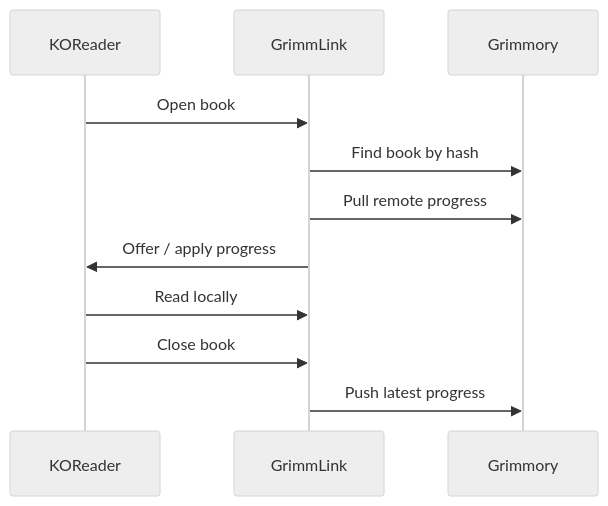
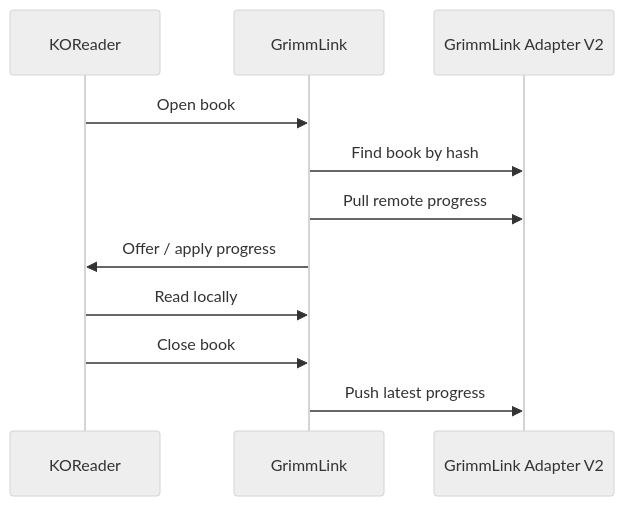
The first of 3 diagrams in README.md (0xstillb/GrimmLink), drawn with Mermaid (neutral theme) before and after one commit. The commit also changed other lines of this file and 9 other files, not shown here.

Commit message:
Adapt GrimmLink plugin to Adapter V2

````diff
--- a/README.md
+++ b/README.md
@@ -324,14 +323,14 @@
 ```mermaid
 sequenceDiagram
     participant K as KOReader
     participant G as GrimmLink
-    participant S as Grimmory
+    participant S as GrimmLink Adapter V2
 
     K->>G: Open book
     G->>S: Find book by hash
     G->>S: Pull remote progress
     G->>K: Offer / apply progress
     K->>G: Read locally
     K->>G: Close book
     G->>S: Push latest progress
 ```
````
